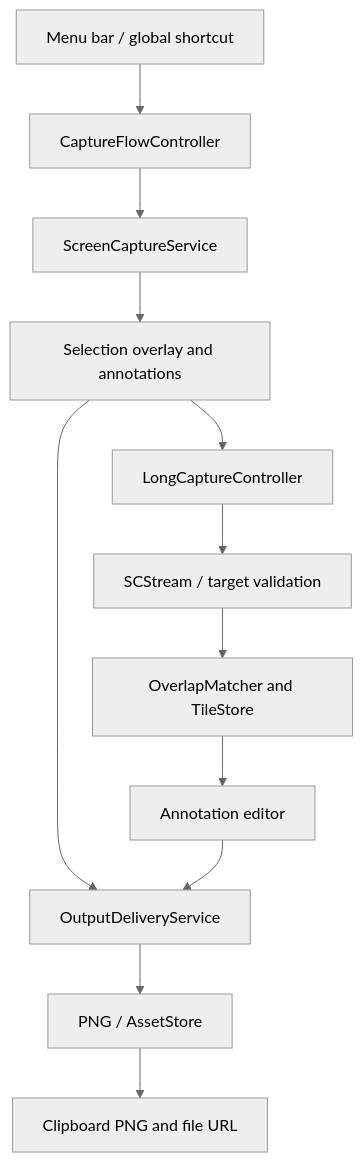
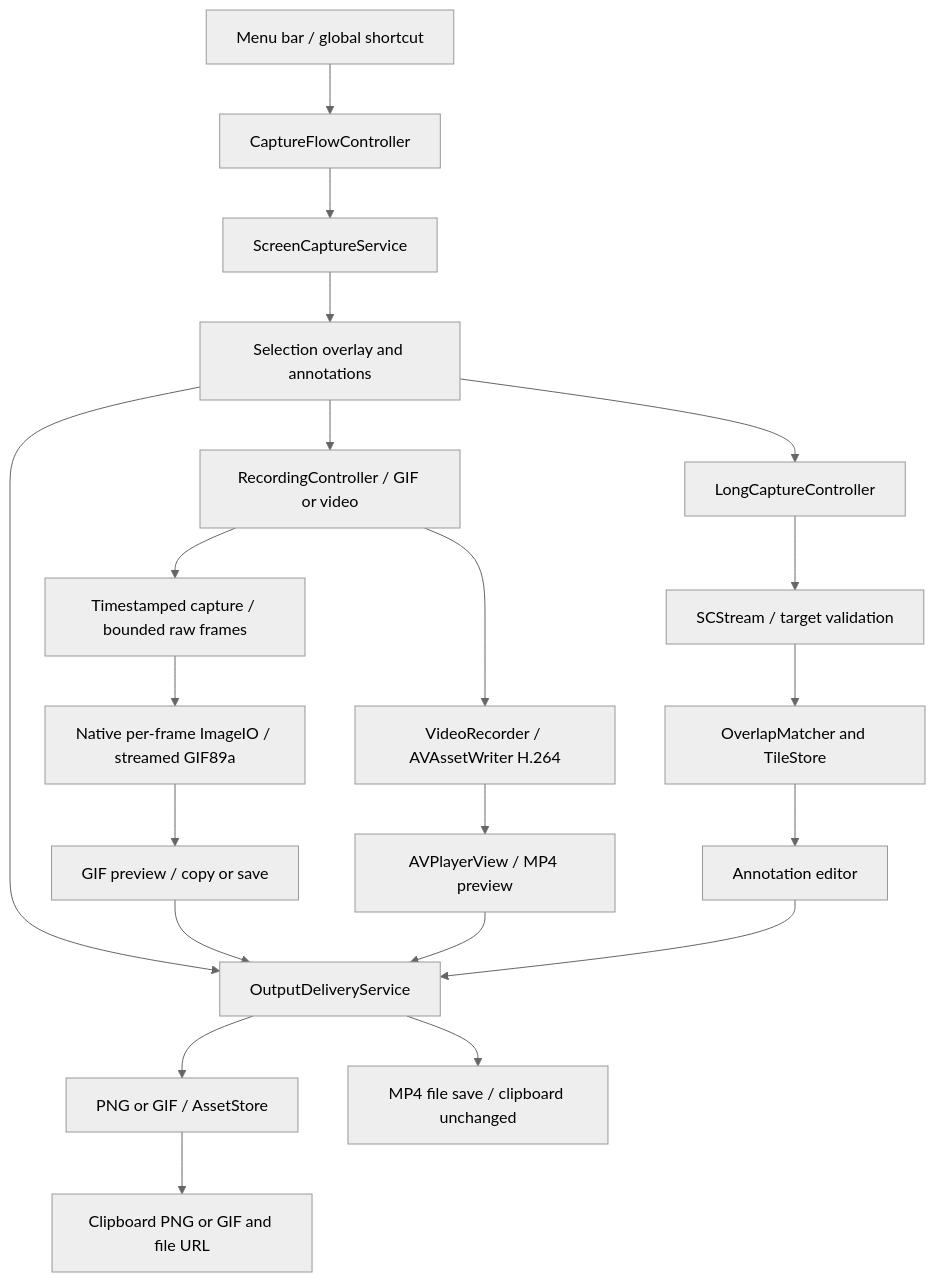
The diagram in docs/ARCHITECTURE.md (evilstar2016/OpenLightCapture), drawn with Mermaid (neutral theme) before and after one commit. The commit also changed other lines of this file and 63 other files, not shown here.

````diff
--- a/docs/ARCHITECTURE.md
+++ b/docs/ARCHITECTURE.md
@@ -5,14 +5,23 @@
 ```mermaid
 flowchart TD
     A[Menu bar / global shortcut] --> B[CaptureFlowController]
     B --> C[ScreenCaptureService]
     C --> D[Selection overlay and annotations]
     D --> E[OutputDeliveryService]
     D --> F[LongCaptureController]
+    D --> L[RecordingController / GIF or video]
+    L --> M[Timestamped capture / bounded raw frames]
+    M --> N[Native per-frame ImageIO / streamed GIF89a]
+    N --> O[GIF preview / copy or save]
+    O --> E
+    L --> P[VideoRecorder / AVAssetWriter H.264]
+    P --> Q[AVPlayerView / MP4 preview]
+    Q --> E
     F --> G[SCStream / target validation]
     G --> H[OverlapMatcher and TileStore]
     H --> I[Annotation editor]
     I --> E
-    E --> J[PNG / AssetStore]
-    J --> K[Clipboard PNG and file URL]
+    E --> J[PNG or GIF / AssetStore]
+    J --> K[Clipboard PNG or GIF and file URL]
+    E --> R[MP4 file save / clipboard unchanged]
 ```
````
